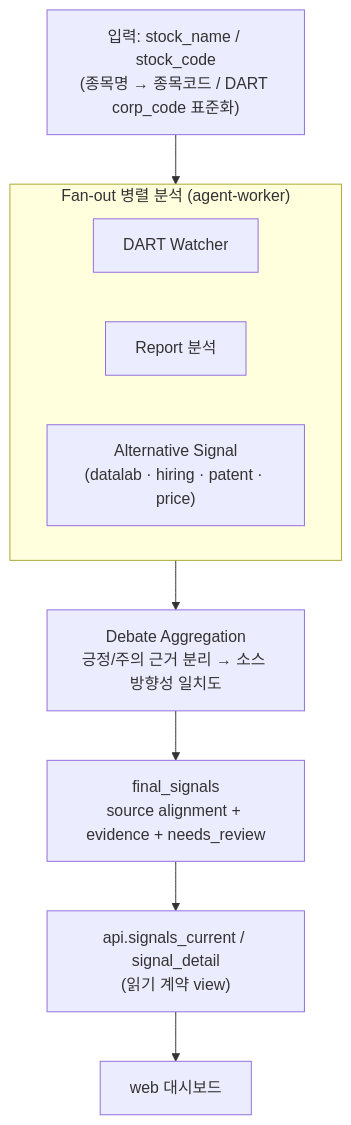
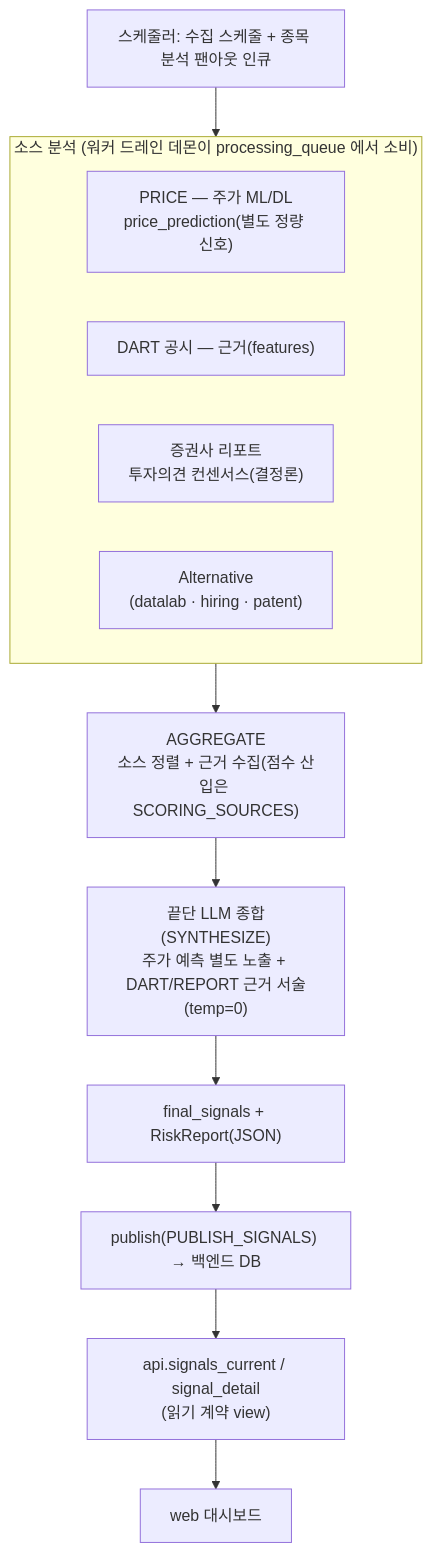
One commit to AIX14-3/signal-alpha changed the third of 3 diagrams in docs/architecture-diagram.md. Above: the diagram before and after it, drawn with Mermaid. The commit also changed other lines of this file and 16 other files, not shown here.

First line of the commit message:
docs(worker): #11 워커 영역 완성 반영 — 토폴로지·큐 드레인·소스 라우팅 정합

````diff
--- a/docs/architecture-diagram.md
+++ b/docs/architecture-diagram.md
@@ -124,15 +151,18 @@
 ```mermaid
 flowchart TB
-    in["입력: stock_name / stock_code<br/>(종목명 → 종목코드 / DART corp_code 표준화)"]
-    subgraph fan["Fan-out 병렬 분석 (agent-worker)"]
-        dart["DART Watcher"]
-        report["Report 분석"]
-        alt["Alternative Signal<br/>(datalab · hiring · patent · price)"]
+    sch2["스케줄러: 수집 스케줄 + 종목 분석 팬아웃 인큐"]
+    subgraph fan["소스 분석 (워커 드레인 데몬이 processing_queue 에서 소비)"]
+        price["PRICE — 주가 ML/DL<br/>price_prediction(별도 정량 신호)"]
+        dart["DART 공시 — 근거(features)"]
+        report["증권사 리포트<br/>투자의견 컨센서스(결정론)"]
+        alt["Alternative<br/>(datalab · hiring · patent)"]
     end
-    agg["Debate Aggregation<br/>긍정/주의 근거 분리 → 소스 방향성 일치도"]
-    fs["final_signals<br/>source alignment + evidence + needs_review"]
+    agg["AGGREGATE<br/>소스 정렬 + 근거 수집(점수 산입은 SCORING_SOURCES)"]
+    synth["끝단 LLM 종합(SYNTHESIZE)<br/>주가 예측 별도 노출 + DART/REPORT 근거 서술(temp=0)"]
+    fs["final_signals + RiskReport(JSON)"]
+    pub["publish(PUBLISH_SIGNALS) → 백엔드 DB"]
     api2["api.signals_current / signal_detail<br/>(읽기 계약 view)"]
     web2["web 대시보드"]
 
-    in --> fan --> agg --> fs --> api2 --> web2
+    sch2 --> fan --> agg --> synth --> fs --> pub --> api2 --> web2
 ```
````
